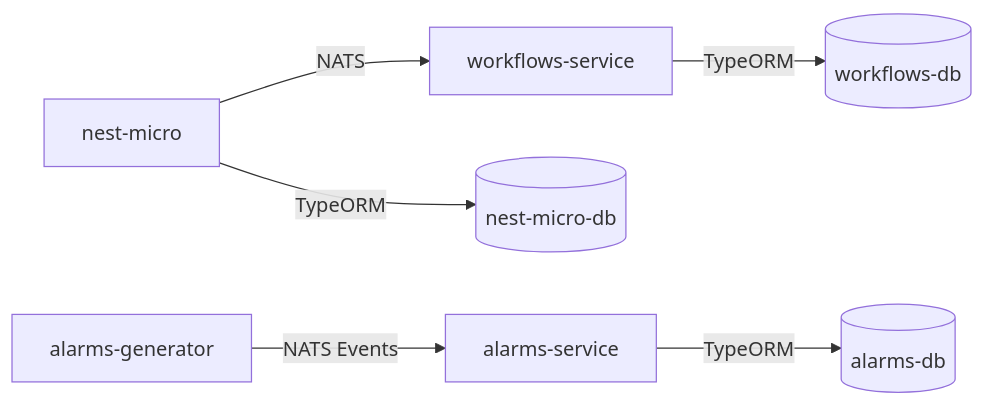
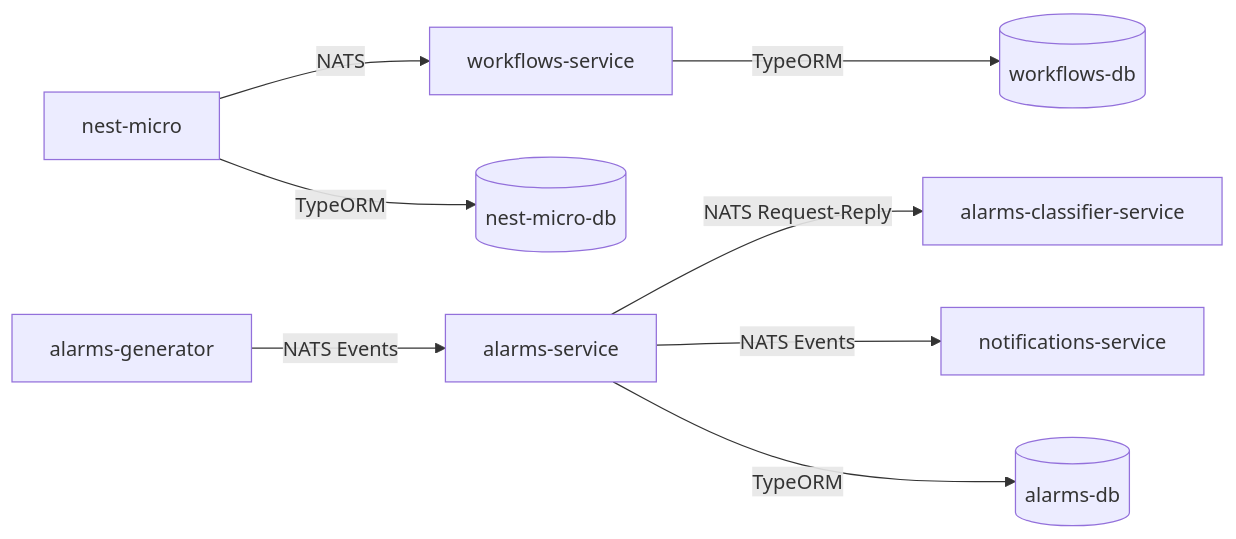
Before and after one commit to lvb2104/nest-microservices: the diagram in README.md, drawn with Mermaid. The commit also changed other lines of this file and 23 other files, not shown here.

Commit message:
feat: add notifications and alarms classifier services with basic structure and NATS integration

````diff
--- a/README.md
+++ b/README.md
@@ -22,8 +24,10 @@
 ```mermaid
 graph LR
     A[nest-micro] -->|NATS| B[workflows-service]
     C[alarms-generator] -->|NATS Events| D[alarms-service]
-    A -->|TypeORM| E[(nest-micro-db)]
-    B -->|TypeORM| F[(workflows-db)]
-    D -->|TypeORM| G[(alarms-db)]
+    D -->|NATS Request-Reply| E[alarms-classifier-service]
+    D -->|NATS Events| F[notifications-service]
+    A -->|TypeORM| G[(nest-micro-db)]
+    B -->|TypeORM| H[(workflows-db)]
+    D -->|TypeORM| I[(alarms-db)]
 ```
````
